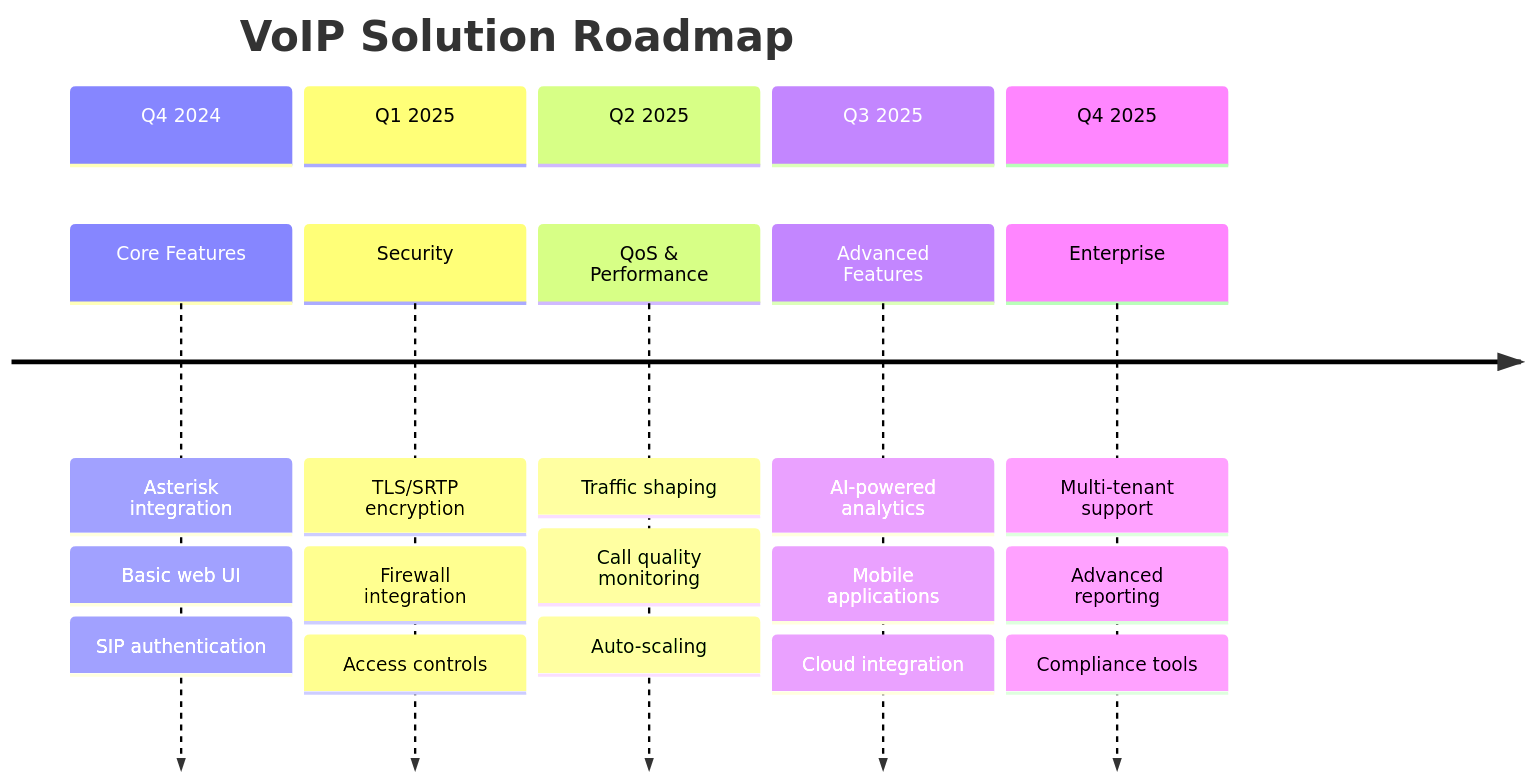
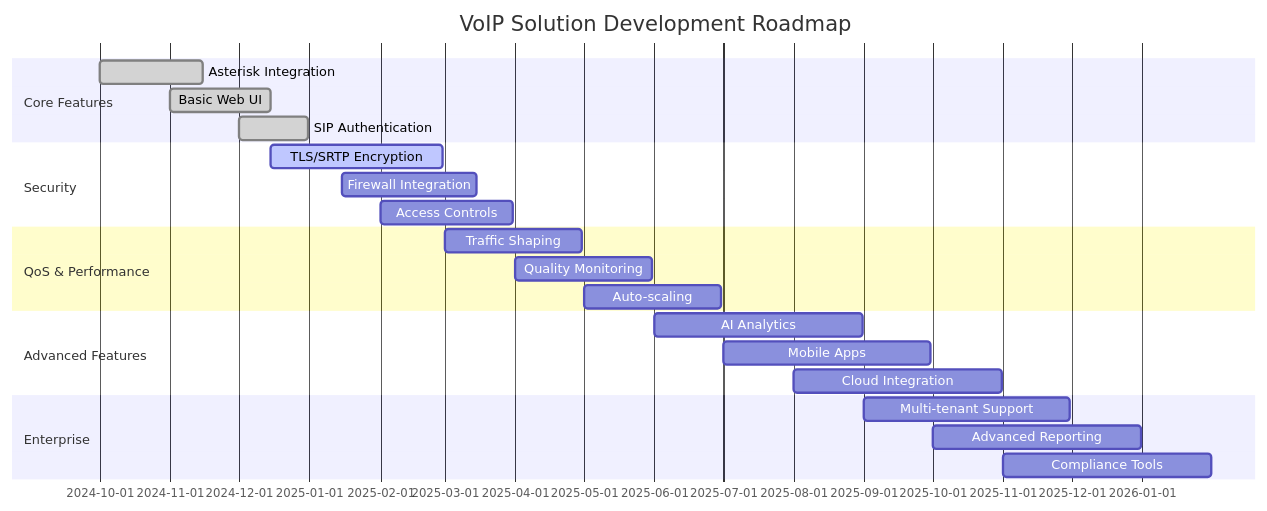
One commit to SaamNoLimits/VoIPSec changed diagram 11 of 12 in README.md. Above: the diagram before and after it, drawn with Mermaid. The commit also changed other lines of this file, not shown here.

````diff
--- a/README.md
+++ b/README.md
@@ -454,29 +465,29 @@
 ```mermaid
-timeline
-    title VoIP Solution Roadmap
+gantt
+    title VoIP Solution Development Roadmap
+    dateFormat  YYYY-MM-DD
+    section Core Features
+    Asterisk Integration    :done, core1, 2024-10-01, 2024-11-15
+    Basic Web UI           :done, core2, 2024-11-01, 2024-12-15
+    SIP Authentication     :done, core3, 2024-12-01, 2024-12-31
     
-    section Q4 2024
-        Core Features    : Asterisk integration
-                        : Basic web UI
-                        : SIP authentication
+    section Security
+    TLS/SRTP Encryption    :active, sec1, 2024-12-15, 2025-02-28
+    Firewall Integration   :sec2, 2025-01-15, 2025-03-15
+    Access Controls        :sec3, 2025-02-01, 2025-03-31
     
-    section Q1 2025
-        Security         : TLS/SRTP encryption
-                        : Firewall integration
-                        : Access controls
+    section QoS & Performance
+    Traffic Shaping        :qos1, 2025-03-01, 2025-04-30
+    Quality Monitoring     :qos2, 2025-04-01, 2025-05-31
+    Auto-scaling          :qos3, 2025-05-01, 2025-06-30
     
-    section Q2 2025
-        QoS & Performance : Traffic shaping
-                         : Call quality monitoring
-                         : Auto-scaling
+    section Advanced Features
+    AI Analytics          :adv1, 2025-06-01, 2025-08-31
+    Mobile Apps           :adv2, 2025-07-01, 2025-09-30
+    Cloud Integration     :adv3, 2025-08-01, 2025-10-31
     
-    section Q3 2025
-        Advanced Features : AI-powered analytics
-                         : Mobile applications
-                         : Cloud integration
-    
-    section Q4 2025
-        Enterprise       : Multi-tenant support
-                        : Advanced reporting
-                        : Compliance tools
+    section Enterprise
+    Multi-tenant Support  :ent1, 2025-09-01, 2025-11-30
+    Advanced Reporting    :ent2, 2025-10-01, 2025-12-31
+    Compliance Tools      :ent3, 2025-11-01, 2026-01-31
 ```
````
